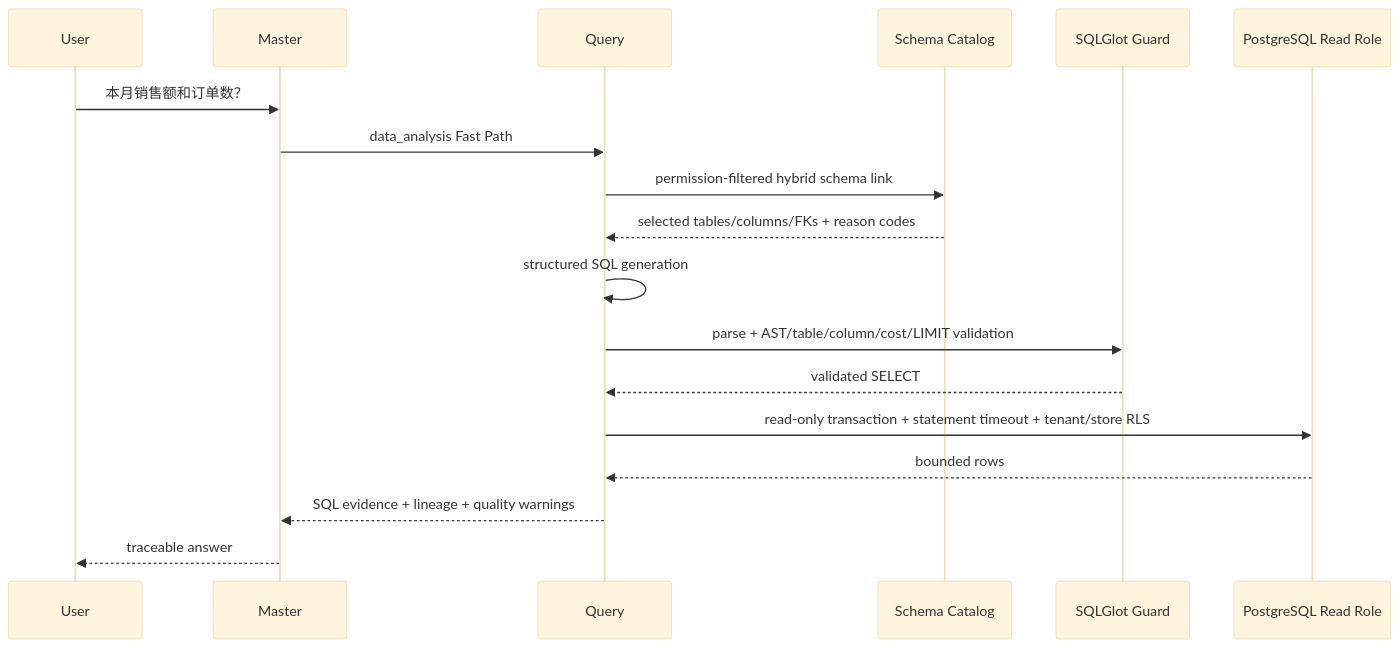
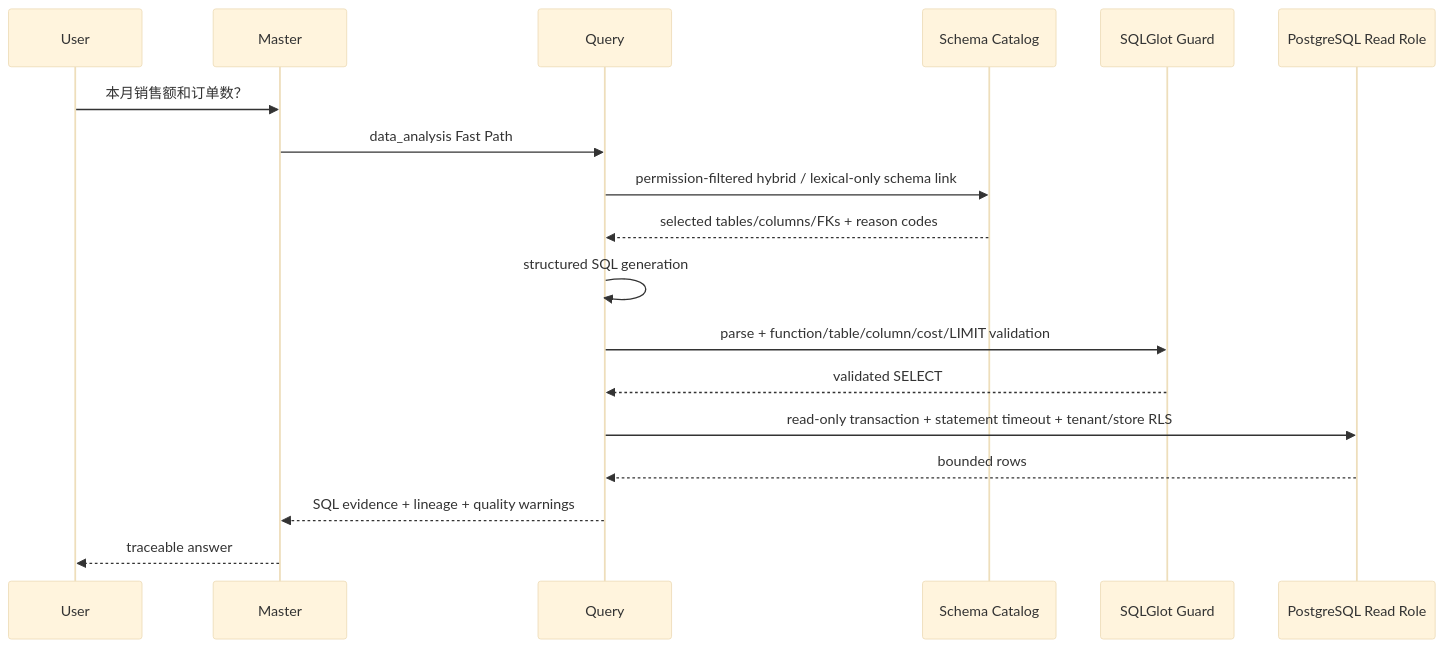
Before and after one commit to wz13814990585-sudo/EcomPilot: the first of 5 diagrams in docs/architecture.md, drawn with Mermaid (base theme). The commit also changed other lines of this file and 45 other files, not shown here.

````diff
--- a/docs/architecture.md
+++ b/docs/architecture.md
@@ -24,20 +24,20 @@
 ```mermaid
 sequenceDiagram
     participant U as User
     participant M as Master
     participant Q as Query
     participant C as Schema Catalog
     participant V as SQLGlot Guard
     participant DB as PostgreSQL Read Role
     U->>M: 本月销售额和订单数？
     M->>Q: data_analysis Fast Path
-    Q->>C: permission-filtered hybrid schema link
+    Q->>C: permission-filtered hybrid / lexical-only schema link
     C-->>Q: selected tables/columns/FKs + reason codes
     Q->>Q: structured SQL generation
-    Q->>V: parse + AST/table/column/cost/LIMIT validation
+    Q->>V: parse + function/table/column/cost/LIMIT validation
     V-->>Q: validated SELECT
     Q->>DB: read-only transaction + statement timeout + tenant/store RLS
     DB-->>Q: bounded rows
     Q-->>M: SQL evidence + lineage + quality warnings
     M-->>U: traceable answer
 ```
````
